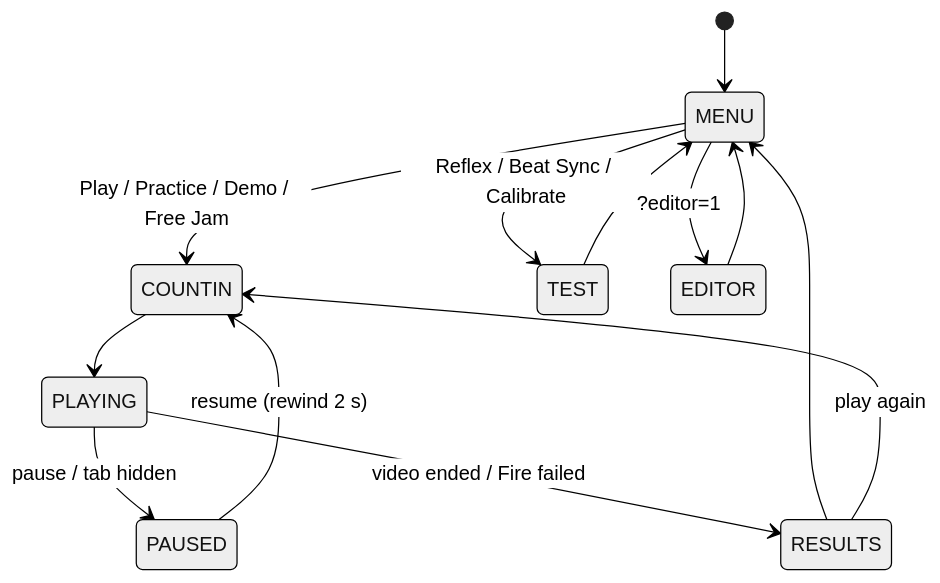
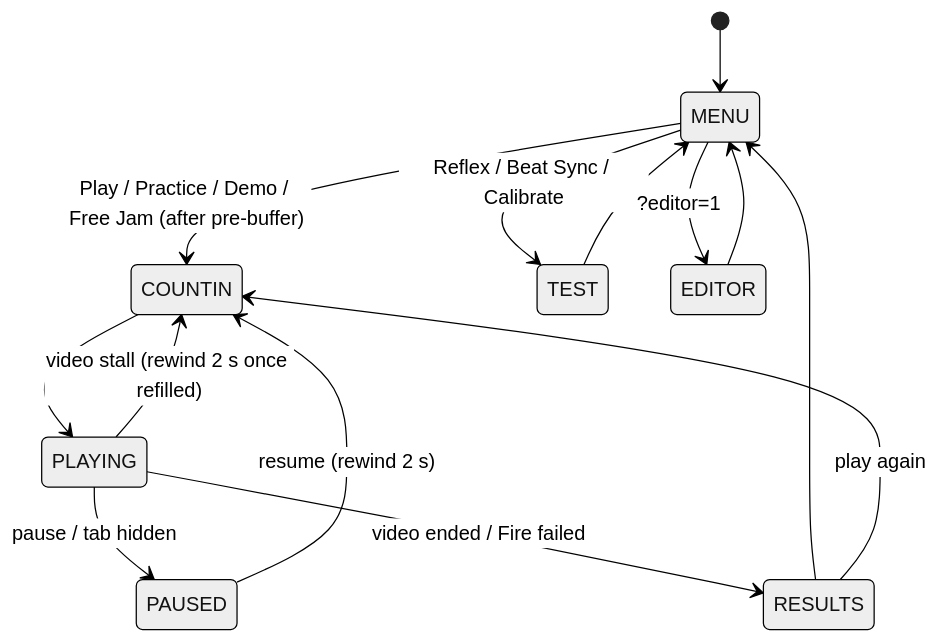
The third of 4 diagrams in README.md (aaron-chen-angus/intellicare-playalong-grace01), drawn with Mermaid (neutral theme) before and after one commit. The commit also changed other lines of this file, not shown here.

````diff
--- a/README.md
+++ b/README.md
@@ -89,15 +401,16 @@
 ```mermaid
 stateDiagram-v2
   [*] --> MENU
-  MENU --> COUNTIN: Play / Practice / Demo / Free Jam
+  MENU --> COUNTIN: Play / Practice / Demo / Free Jam (after pre-buffer)
   COUNTIN --> PLAYING
   PLAYING --> PAUSED: pause / tab hidden
   PAUSED --> COUNTIN: resume (rewind 2 s)
+  PLAYING --> COUNTIN: video stall (rewind 2 s once refilled)
   PLAYING --> RESULTS: video ended / Fire failed
   RESULTS --> MENU
   RESULTS --> COUNTIN: play again
   MENU --> TEST: Reflex / Beat Sync / Calibrate
   TEST --> MENU
   MENU --> EDITOR: ?editor=1
   EDITOR --> MENU
 ```
````
